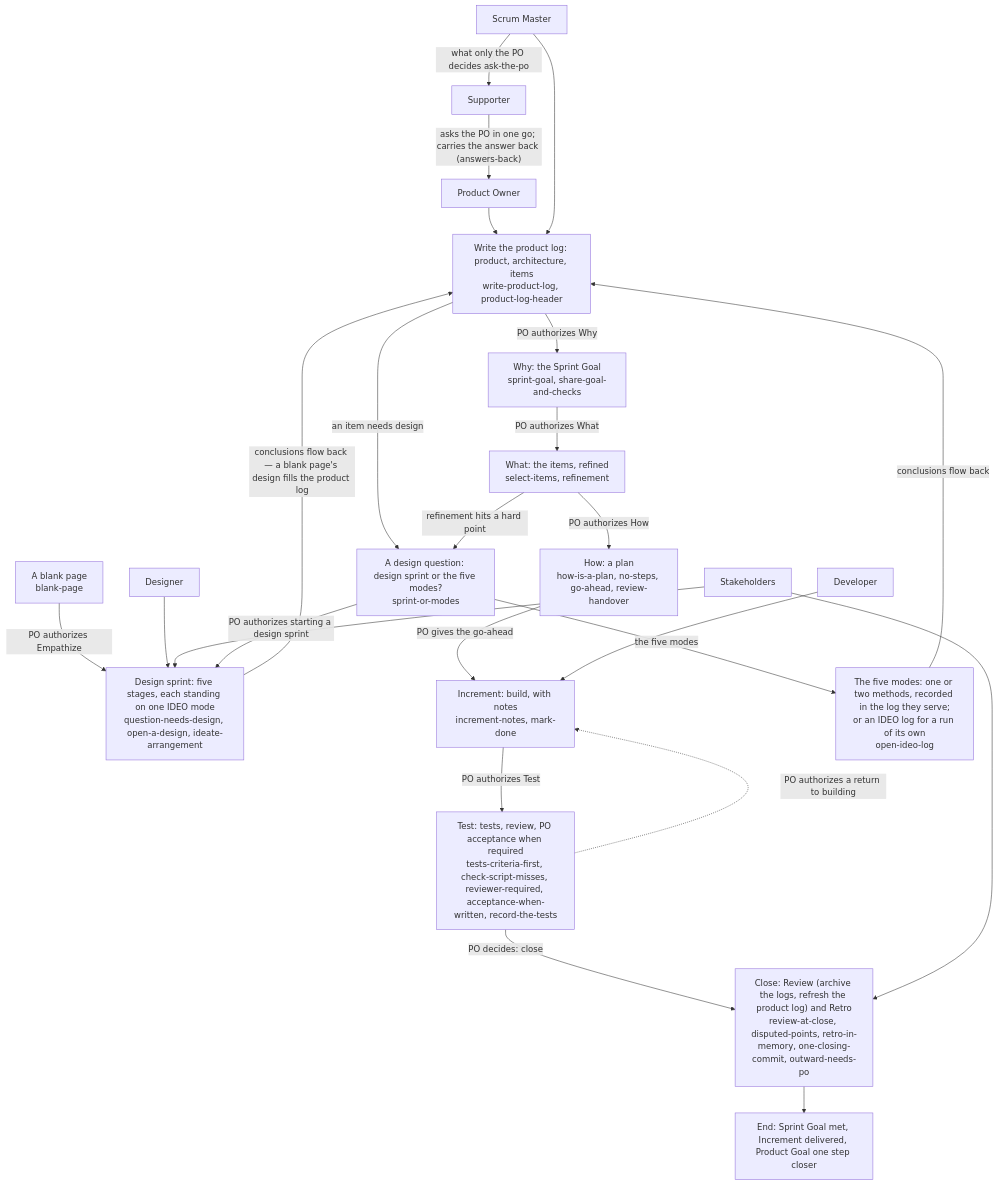
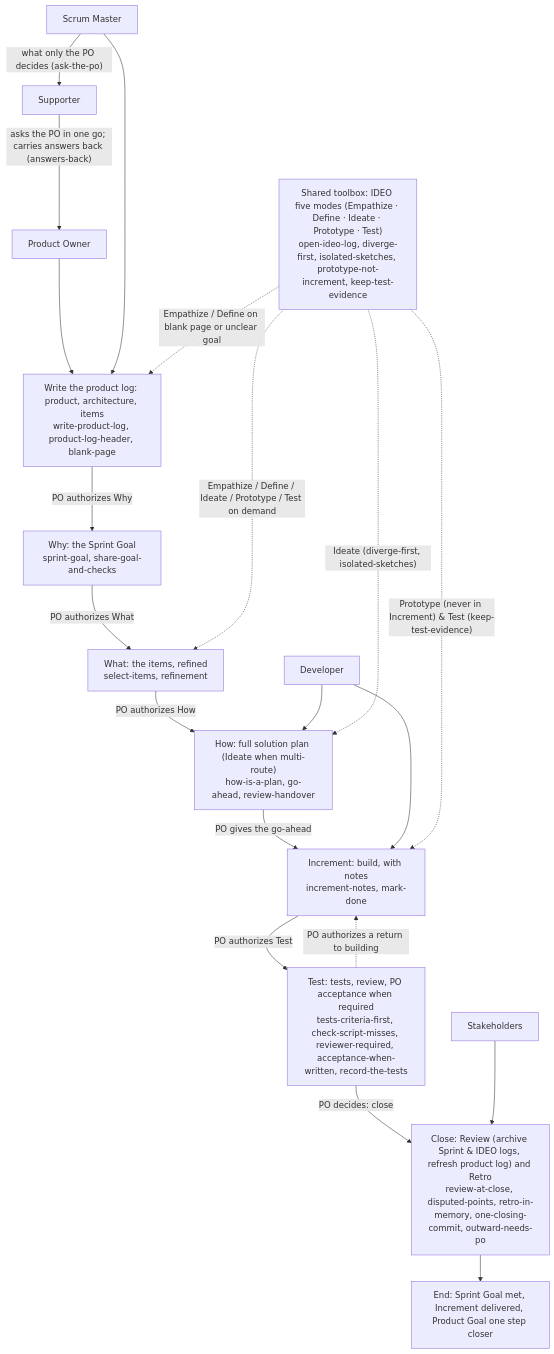
Before and after one commit to seapawn1/IDEO-Scrum: the first of 5 diagrams in plugins/ideo-scrum/skills/memory/details/flow-maps.md, drawn with Mermaid. The commit also changed other lines of this file and 78 other files, not shown here.

First line of the commit message:
Sprint 28 施工 #1-#5：移除设计冲刺与 Designer、看板聚焦 Scrum、放开 Sprint How 方案计划

````diff
--- a/plugins/ideo-scrum/skills/memory/details/flow-maps.md
+++ b/plugins/ideo-scrum/skills/memory/details/flow-maps.md
@@ -7,32 +9,28 @@
 ```mermaid
 flowchart TD
     PO["Product Owner"]
     SM["Scrum Master"]
     DEV["Developer"]
-    DES["Designer"]
     SH["Stakeholders"]
     SU["Supporter"]
-    PO --> A["Write the product log: product, architecture, items<br/>write-product-log, product-log-header"]
+    IDEO["Shared toolbox: IDEO five modes (Empathize · Define · Ideate · Prototype · Test)<br/>open-ideo-log, diverge-first, isolated-sketches, prototype-not-increment, keep-test-evidence"]
+    PO --> A["Write the product log: product, architecture, items<br/>write-product-log, product-log-header, blank-page"]
     SM --> A
-    A -- "an item needs design" --> X0["A design question: design sprint or the five modes?<br/>sprint-or-modes"]
-    BP["A blank page<br/>blank-page"] -- "PO authorizes Empathize" --> X
     A -- "PO authorizes Why" --> S1["Why: the Sprint Goal<br/>sprint-goal, share-goal-and-checks"]
     S1 -- "PO authorizes What" --> S2["What: the items, refined<br/>select-items, refinement"]
-    S2 -- "refinement hits a hard point" --> X0
-    S2 -- "PO authorizes How" --> S3["How: a plan<br/>how-is-a-plan, no-steps, go-ahead, review-handover"]
+    S2 -- "PO authorizes How" --> S3["How: full solution plan (Ideate when multi-route)<br/>how-is-a-plan, go-ahead, review-handover"]
     S3 -- "PO gives the go-ahead" --> S4["Increment: build, with notes<br/>increment-notes, mark-done"]
+    DEV --> S3
     DEV --> S4
     S4 -- "PO authorizes Test" --> S5["Test: tests, review, PO acceptance when required<br/>tests-criteria-first, check-script-misses, reviewer-required, acceptance-when-written, record-the-tests"]
     S5 -. "PO authorizes a return to building" .-> S4
-    S5 -- "PO decides: close" --> V["Close: Review (archive the logs, refresh the product log) and Retro<br/>review-at-close, disputed-points, retro-in-memory, one-closing-commit, outward-needs-po"]
-    DES --> X
-    SH --> X
+    S5 -- "PO decides: close" --> V["Close: Review (archive Sprint & IDEO logs, refresh product log) and Retro<br/>review-at-close, disputed-points, retro-in-memory, one-closing-commit, outward-needs-po"]
     SH --> V
-    SM -- "what only the PO decides ask-the-po" --> SU
-    SU -- "asks the PO in one go; carries the answer back (answers-back)" --> PO
-    X0 -- "PO authorizes starting a design sprint" --> X["Design sprint: five stages, each standing on one IDEO mode<br/>question-needs-design, open-a-design, ideate-arrangement"]
-    X0 -- "the five modes" --> X2["The five modes: one or two methods, recorded in the log they serve;<br/>or an IDEO log for a run of its own<br/>open-ideo-log"]
-    X -- "conclusions flow back — a blank page's design fills the product log" --> A
-    X2 -- "conclusions flow back" --> A
+    SM -- "what only the PO decides (ask-the-po)" --> SU
+    SU -- "asks the PO in one go; carries answers back (answers-back)" --> PO
+    IDEO -. "Empathize / Define on blank page or unclear goal" .-> A
+    IDEO -. "Empathize / Define / Ideate / Prototype / Test on demand" .-> S2
+    IDEO -. "Ideate (diverge-first, isolated-sketches)" .-> S3
+    IDEO -. "Prototype (never in Increment) & Test (keep-test-evidence)" .-> S4
     V --> E["End: Sprint Goal met, Increment delivered, Product Goal one step closer"]
 ```
````
